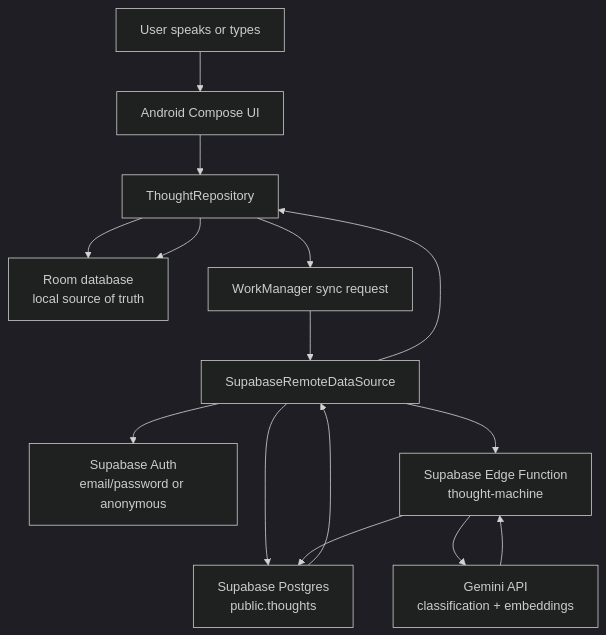
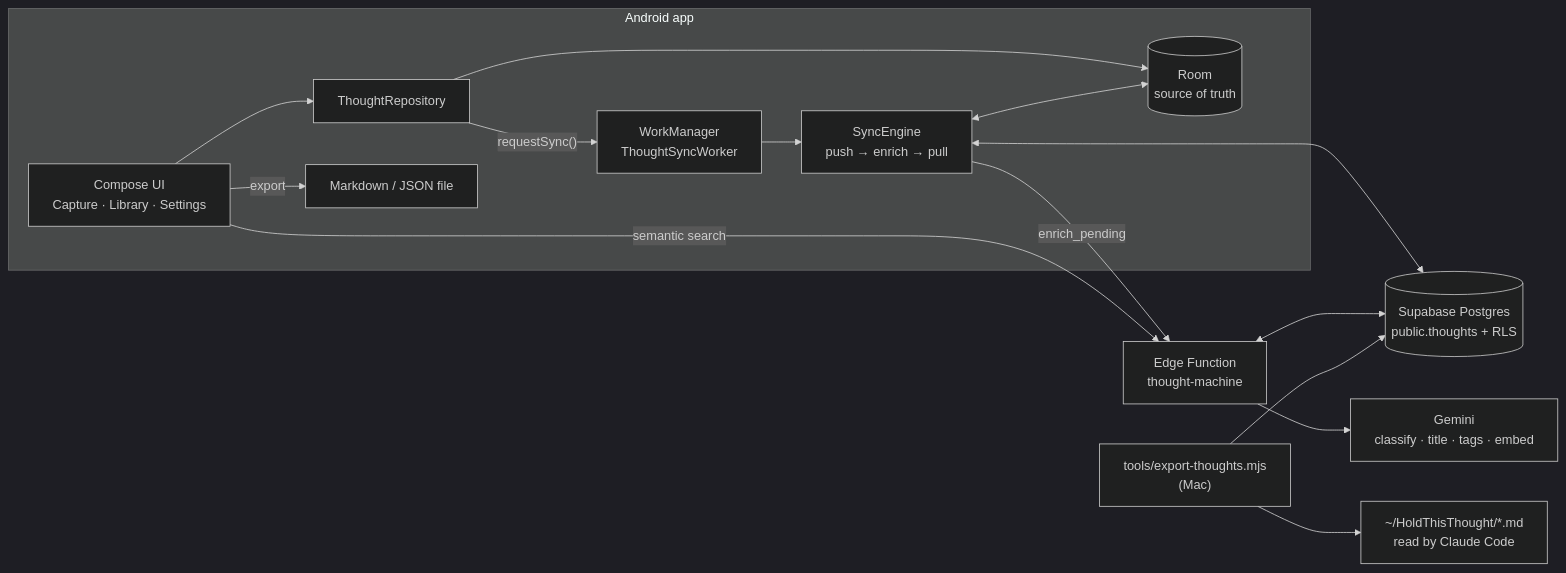
One commit to isouravganguly/daytrace changed the diagram in docs/ARCHITECTURE.md. Above: the diagram before and after it, drawn with Mermaid (dark theme). The commit also changed other lines of this file and 46 other files, not shown here.

First line of the commit message:
Rebuild as a local-first thought collector (v0.2.0)

````diff
--- a/docs/ARCHITECTURE.md
+++ b/docs/ARCHITECTURE.md
@@ -7,17 +21,18 @@
 ```mermaid
-flowchart TD
-    User["User speaks or types"] --> UI["Android Compose UI"]
-    UI --> Repo["ThoughtRepository"]
-    Repo --> Room["Room database<br/>local source of truth"]
-    Repo --> Worker["WorkManager sync request"]
-    Worker --> Remote["SupabaseRemoteDataSource"]
-    Remote --> Auth["Supabase Auth<br/>email/password or anonymous"]
-    Remote --> PG["Supabase Postgres<br/>public.thoughts"]
-    Remote --> Fn["Supabase Edge Function<br/>thought-machine"]
-    Fn --> Gemini["Gemini API<br/>classification + embeddings"]
-    Gemini --> Fn
-    Fn --> PG
-    PG --> Remote
-    Remote --> Repo
-    Repo --> Room
+flowchart LR
+    subgraph Phone["Android app"]
+        UI["Compose UI<br/>Capture · Library · Settings"] --> Repo["ThoughtRepository"]
+        Repo --> Room[("Room<br/>source of truth")]
+        Repo -- "requestSync()" --> WM["WorkManager<br/>ThoughtSyncWorker"]
+        WM --> Engine["SyncEngine<br/>push → enrich → pull"]
+        Engine <--> Room
+        UI -- "export" --> Files["Markdown / JSON file"]
+    end
+    Engine <--> PG[("Supabase Postgres<br/>public.thoughts + RLS")]
+    Engine -- "enrich_pending" --> Fn["Edge Function<br/>thought-machine"]
+    UI -- "semantic search" --> Fn
+    Fn --> Gemini["Gemini<br/>classify · title · tags · embed"]
+    Fn <--> PG
+    Laptop["tools/export-thoughts.mjs<br/>(Mac)"] --> PG
+    Laptop --> Folder["~/HoldThisThought/*.md<br/>read by Claude Code"]
 ```
````
